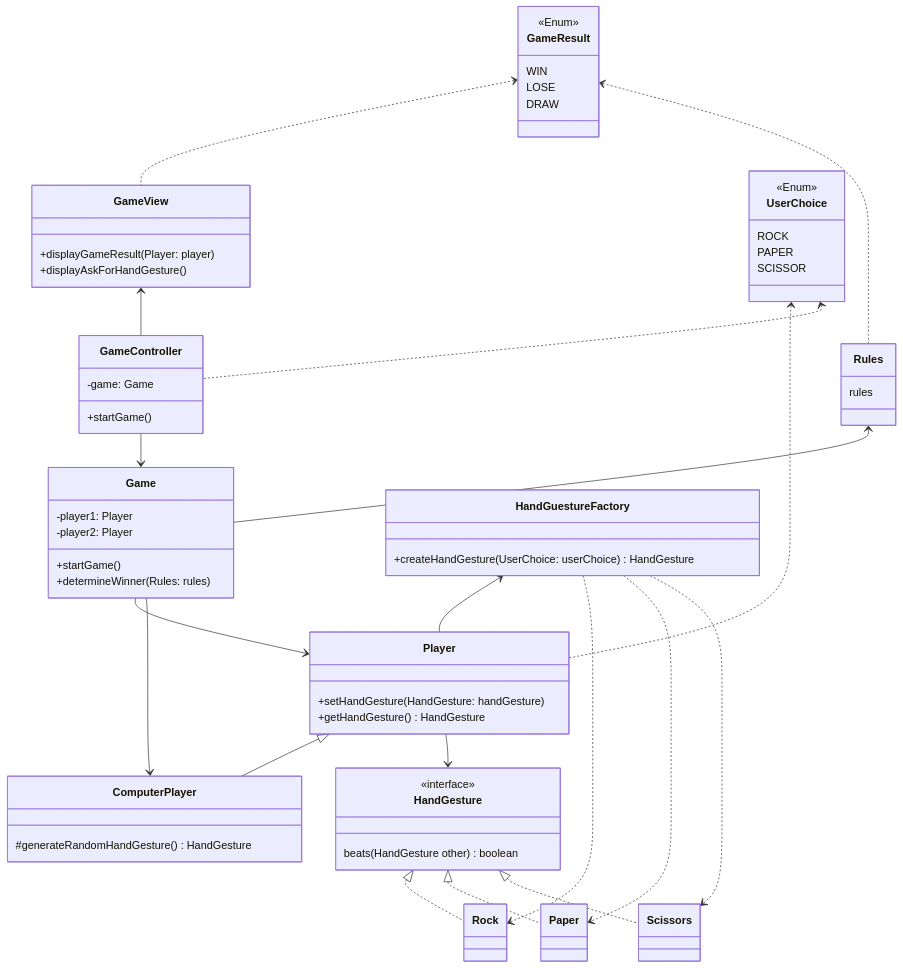
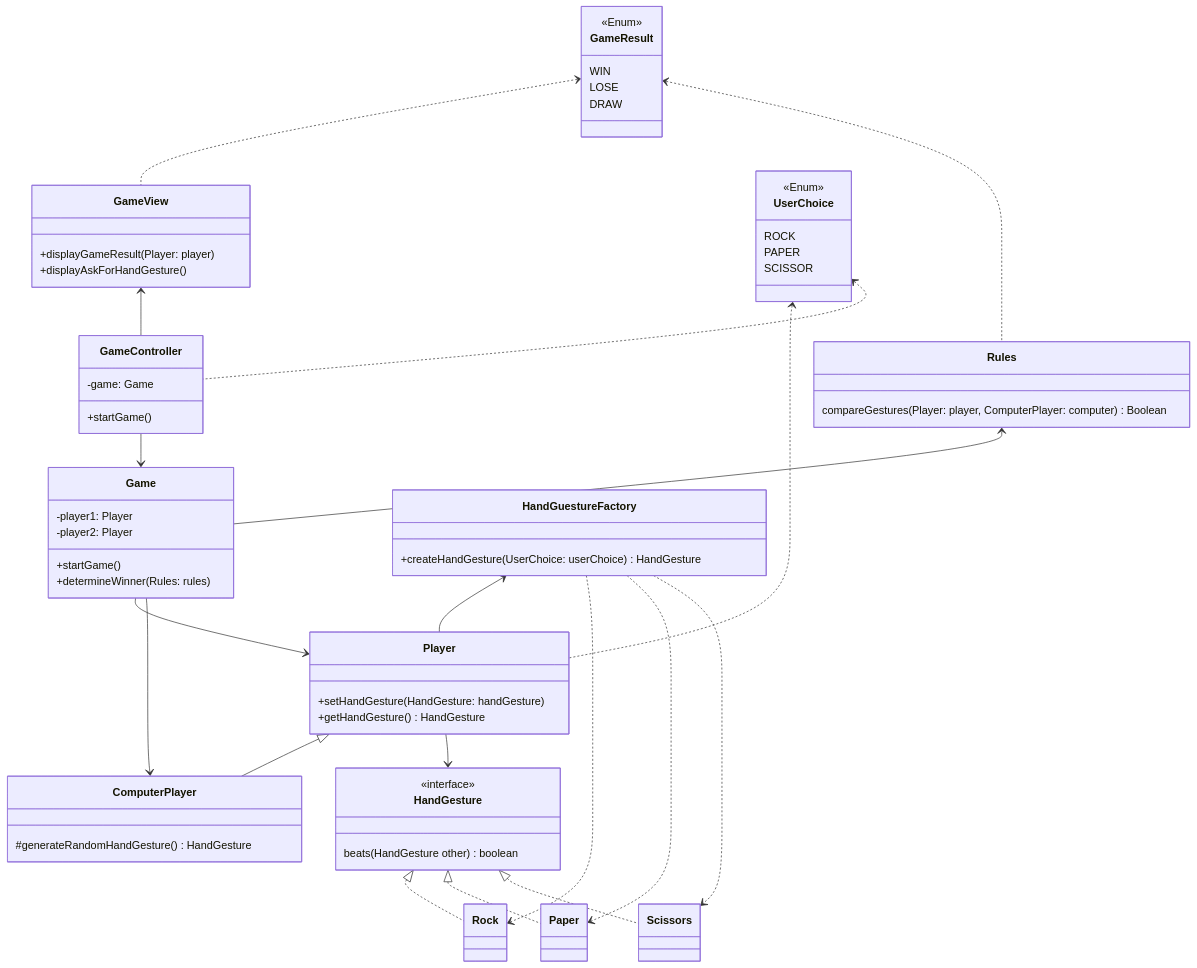
Before and after one commit to Witten2002/1dv609-Assignment1-part2: the diagram in Design.md, drawn with Mermaid. The commit also changed 20 other files, not shown here.

```diff
--- a/Design.md
+++ b/Design.md
@@ -44,7 +44,7 @@
 Game --> ComputerPlayer
 
 class Rules {
-  rules
+  compareGestures(Player: player, ComputerPlayer: computer) Boolean
 }
 
 Rules <-- Game
```
